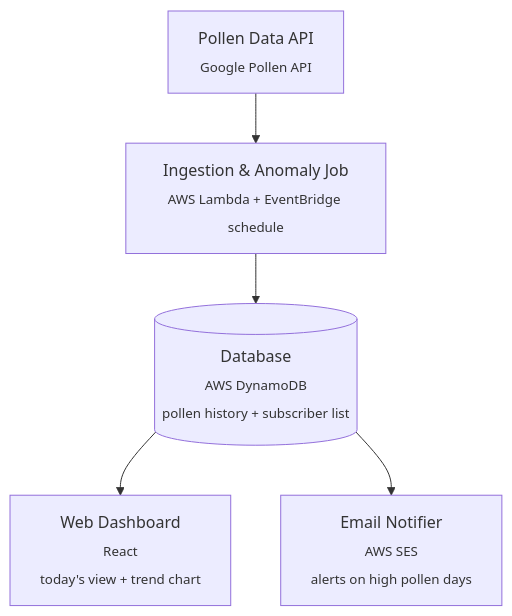
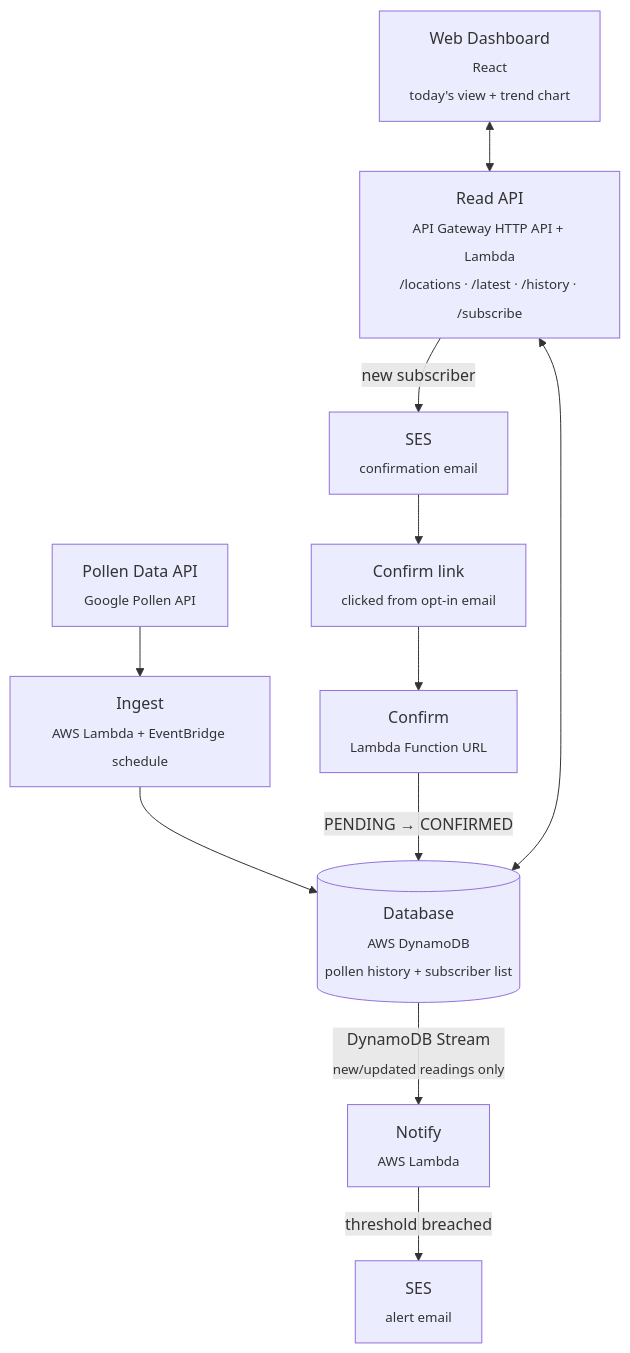
The diagram in README.MD (YoelYonata/AllergyTracker), drawn with Mermaid before and after one commit. The commit also changed other lines of this file and 22 other files, not shown here.

First line of the commit message:
feat: Implement pollen tracking service with DynamoDB integration

````diff
--- a/README.MD
+++ b/README.MD
@@ -13,7 +20,13 @@
 ```mermaid
 flowchart TD
-    A["Pollen Data API<br/><sub>Google Pollen API</sub>"] --> B["Ingestion & Anomaly Job<br/><sub>AWS Lambda + EventBridge schedule</sub>"]
+    A["Pollen Data API<br/><sub>Google Pollen API</sub>"] --> B["Ingest<br/><sub>AWS Lambda + EventBridge schedule</sub>"]
     B --> C[("Database<br/><sub>AWS DynamoDB</sub><br/><sub>pollen history + subscriber list</sub>")]
-    C --> D["Web Dashboard<br/><sub>React</sub><br/><sub>today's view + trend chart</sub>"]
-    C --> E["Email Notifier<br/><sub>AWS SES</sub><br/><sub>alerts on high pollen days</sub>"]
+    C -- "DynamoDB Stream<br/><sub>new/updated readings only</sub>" --> N["Notify<br/><sub>AWS Lambda</sub>"]
+    N -- "threshold breached" --> S["SES<br/><sub>alert email</sub>"]
+    F["Confirm link<br/><sub>clicked from opt-in email</sub>"] --> G["Confirm<br/><sub>Lambda Function URL</sub>"]
+    G -- "PENDING &rarr; CONFIRMED" --> C
+    D["Web Dashboard<br/><sub>React</sub><br/><sub>today's view + trend chart</sub>"] <--> R["Read API<br/><sub>API Gateway HTTP API + Lambda</sub><br/><sub>/locations · /latest · /history · /subscribe</sub>"]
+    R <--> C
+    R -- "new subscriber" --> S2["SES<br/><sub>confirmation email</sub>"]
+    S2 --> F
 ```
````
